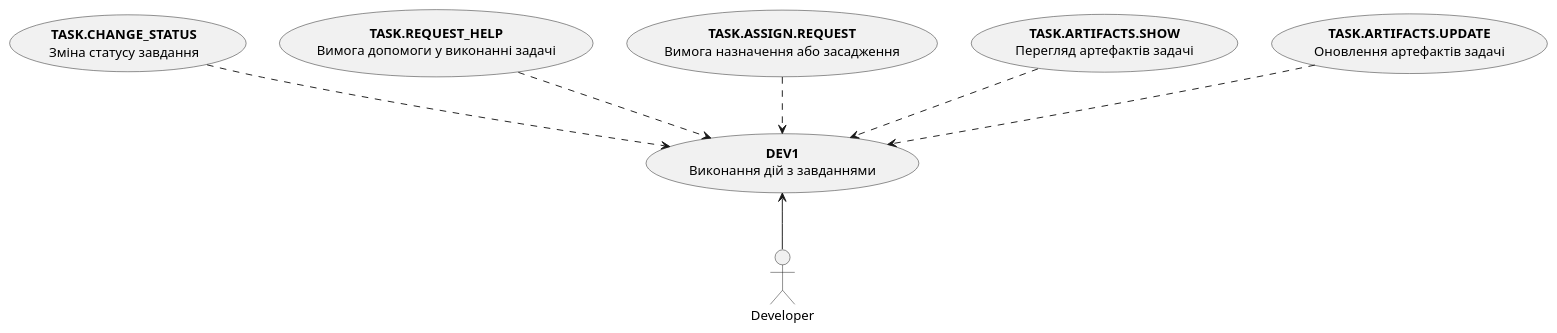
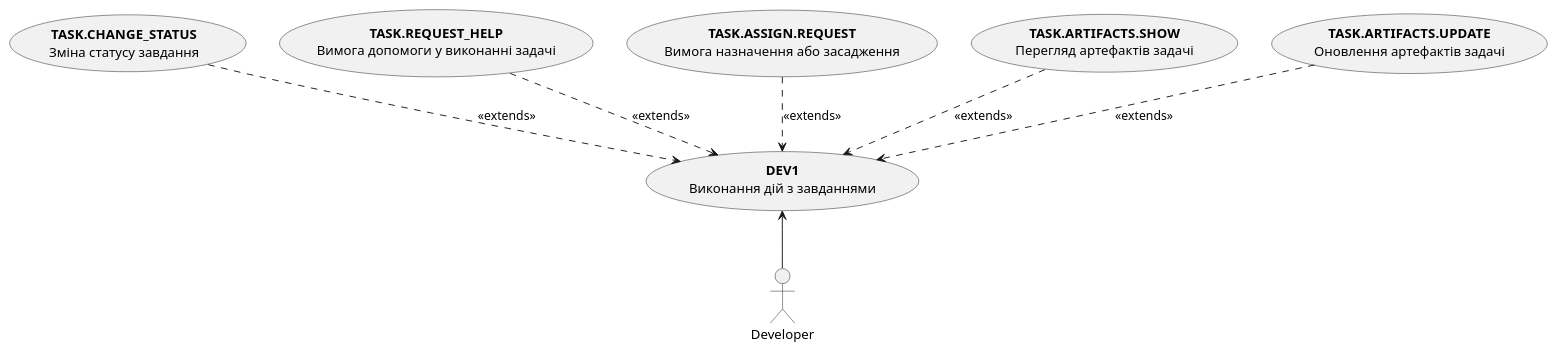
One commit to yarikkot04/Sup changed the third of 15 diagrams in docs/use cases/README.md. Above: the diagram before and after it, drawn with PlantUML. The commit also changed other lines of this file and 1 other file, not shown here.

Commit message:
Added diagrams

```diff
--- a/docs/use cases/README.md
+++ b/docs/use cases/README.md
@@ -33,19 +51,19 @@
  @startuml
     actor Developer
 
     usecase DEV1 as "<b>DEV1</b>\nВиконання дій з завданнями"
 
     usecase TASK1 as "<b>TASK.CHANGE_STATUS</b>\nЗміна статусу завдання"
     usecase TASK2 as "<b>TASK.REQUEST_HELP</b>\nВимога допомоги у виконанні задачі"
     usecase TASK3 as "<b>TASK.ASSIGN.REQUEST</b>\nВимога назначення або засадження"
     usecase TASK4 as "<b>TASK.ARTIFACTS.SHOW</b>\nПерегляд артефактів задачі"
     usecase TASK5 as "<b>TASK.ARTIFACTS.UPDATE</b>\nОновлення артефактів задачі"
 
     Developer -u-> DEV1
 
-    TASK1 .d.> DEV1 <<extends>>
-    TASK2 .d.> DEV1 <<extends>>
-    TASK3 .d.> DEV1 <<extends>>
-    TASK4 .d.> DEV1 <<extends>>
-    TASK5 .d.> DEV1 <<extends>>
+    TASK1 .d.> DEV1: <<extends>>
+    TASK2 .d.> DEV1: <<extends>>
+    TASK3 .d.> DEV1: <<extends>>
+    TASK4 .d.> DEV1: <<extends>>
+    TASK5 .d.> DEV1: <<extends>>
  @enduml
```
